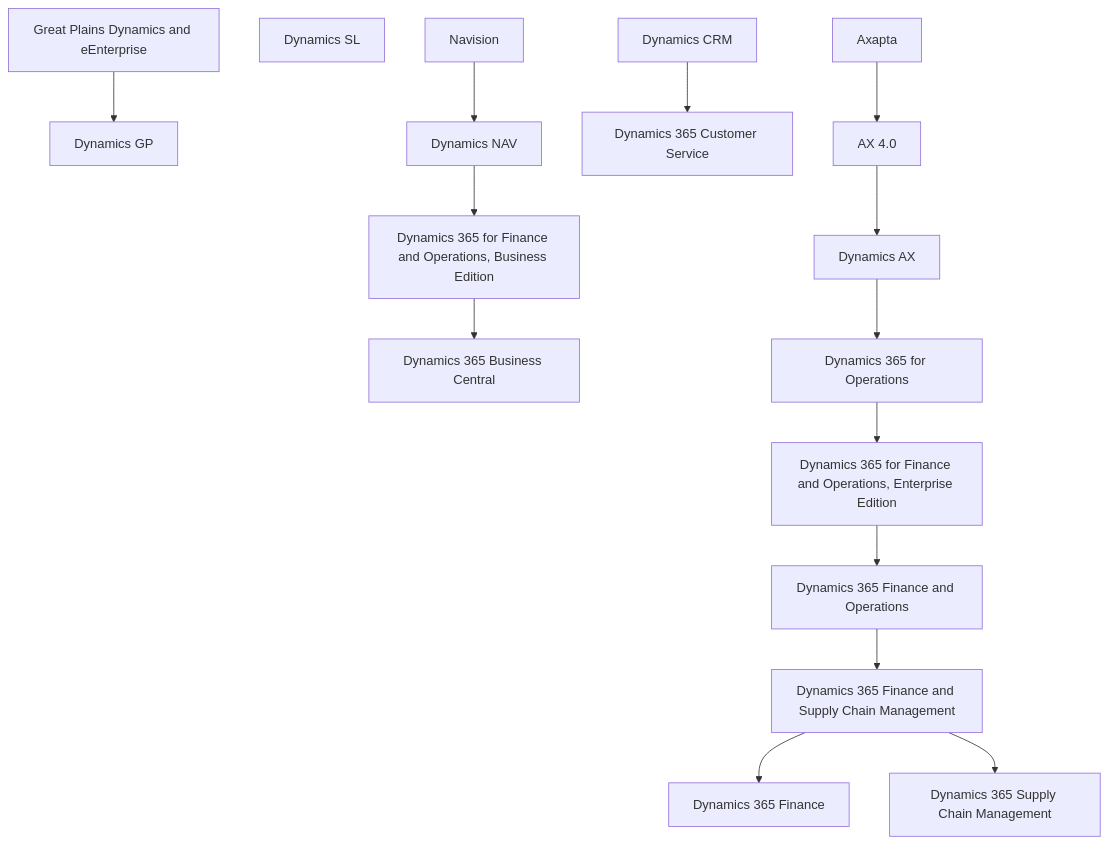
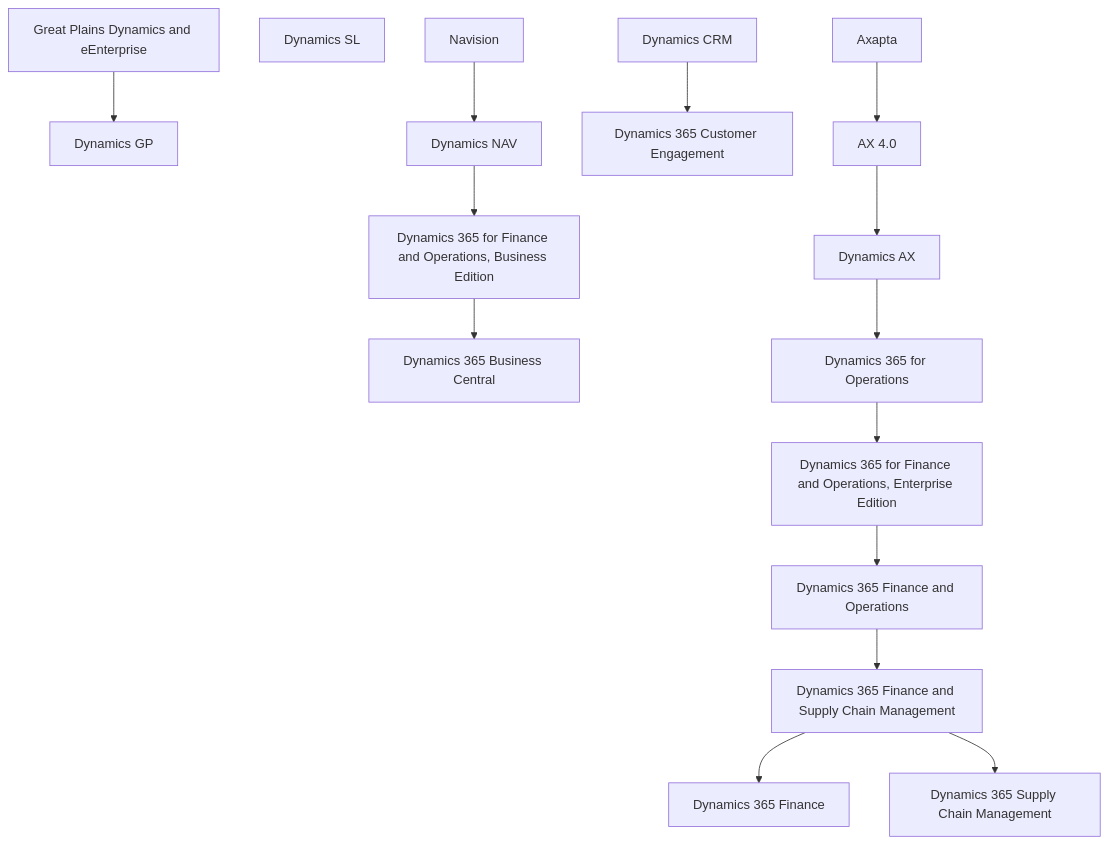
The third of 5 diagrams in README.md (jlaundry/MicrosoftNaming), drawn with Mermaid before and after one commit.

````diff
--- a/README.md
+++ b/README.md
@@ -80,20 +80,20 @@
 ```mermaid
 graph TD;
 
     AX[Dynamics AX];
     CRM[Dynamics CRM];
     GP[Dynamics GP];
     NAV[Dynamics NAV];
     SL[Dynamics SL];
     
-    CRM --> D365CS[Dynamics 365 Customer Service];
+    CRM --> D365CE[Dynamics 365 Customer Engagement];
     
     GPD[Great Plains Dynamics and eEnterprise]-->GP;  
 
     Navision-->NAV-->D365FOB[Dynamics 365 for Finance and Operations, Business Edition]-->D365BC[Dynamics 365 Business Central];
     
     Axapta-->AX4[AX 4.0]-->AX-->D365O[Dynamics 365 for Operations]-->D365FOE[Dynamics 365 for Finance and Operations, Enterprise Edition]-->D365FO[Dynamics 365 Finance and Operations]-->D365FSCM[Dynamics 365 Finance and Supply Chain Management];
     
     D365FSCM-->D365F[Dynamics 365 Finance];
     D365FSCM-->D365SCM[Dynamics 365 Supply Chain Management];
 ```
````
